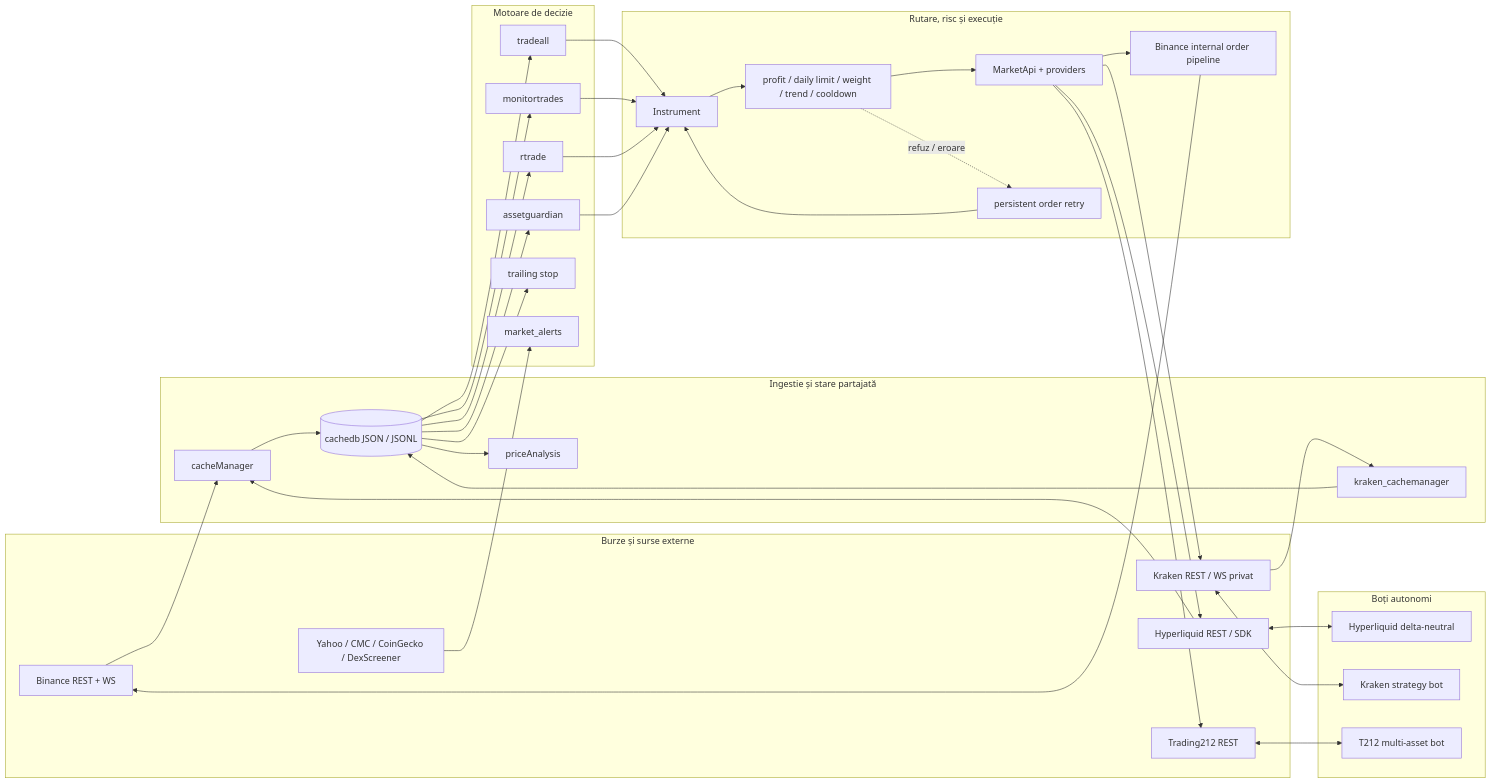
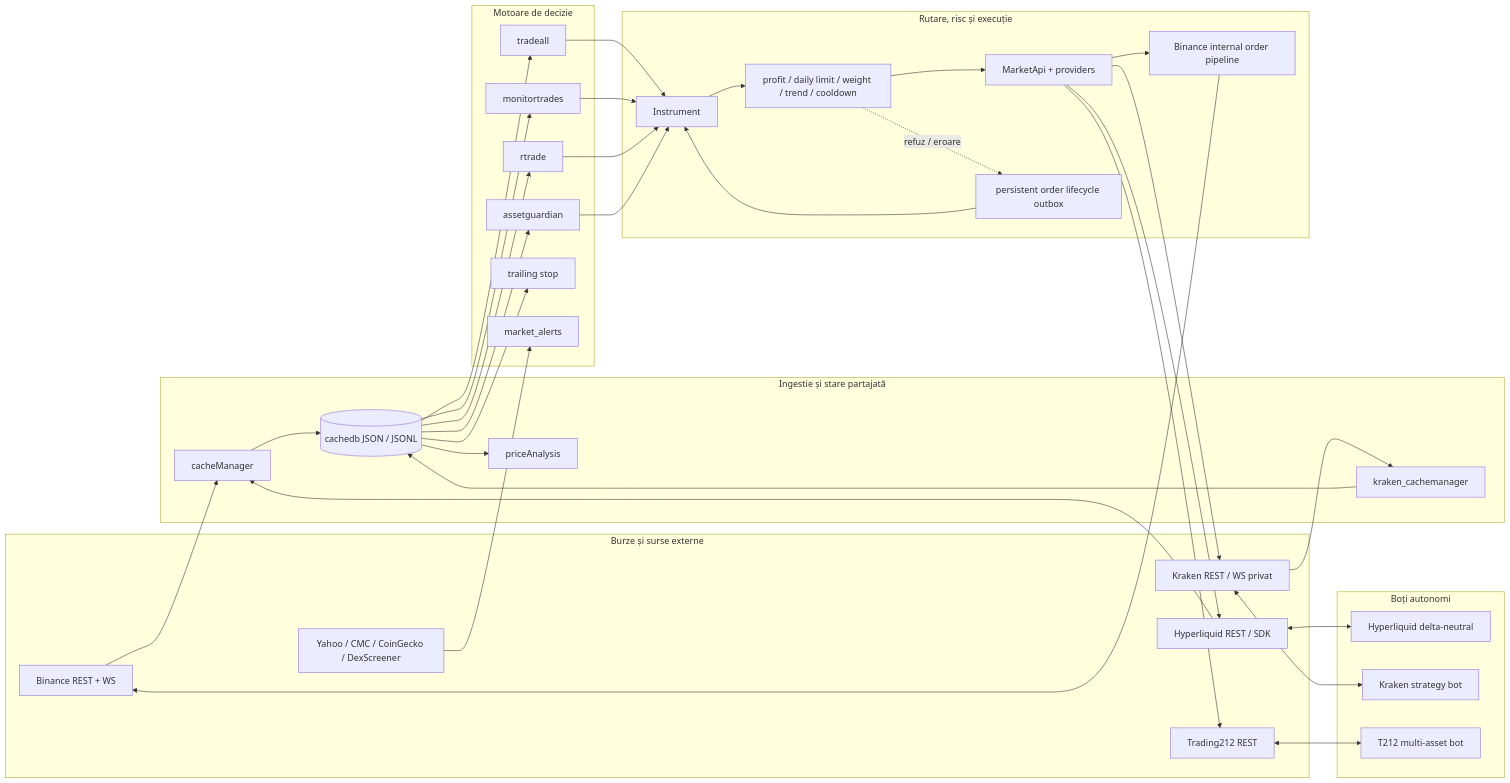
One commit to mpredut/binance changed the first of 3 diagrams in chatgpt_agent_work/SYSTEM_DESIGN_TRADING.md. Above: the diagram before and after it, drawn with Mermaid. The commit also changed other lines of this file and 22 other files, not shown here.

````diff
--- a/chatgpt_agent_work/SYSTEM_DESIGN_TRADING.md
+++ b/chatgpt_agent_work/SYSTEM_DESIGN_TRADING.md
@@ -43,55 +43,55 @@
 ```mermaid
 flowchart LR
     subgraph Venues["Burze și surse externe"]
       BIN["Binance REST + WS"]
       KRA["Kraken REST / WS privat"]
       HL["Hyperliquid REST / SDK"]
       T212["Trading212 REST"]
       DATA["Yahoo / CMC / CoinGecko / DexScreener"]
     end
 
     subgraph Ingestion["Ingestie și stare partajată"]
       CM["cacheManager"]
       KC["kraken_cachemanager"]
       CACHE[("cachedb JSON / JSONL")]
       TREND["priceAnalysis"]
     end
 
     subgraph Decisions["Motoare de decizie"]
       TA["tradeall"]
       MT["monitortrades"]
       RT["rtrade"]
       AG["assetguardian"]
       TS["trailing stop"]
       ALERTS["market_alerts"]
     end
 
     subgraph Execution["Rutare, risc și execuție"]
       INST["Instrument"]
       GUARD["profit / daily limit / weight / trend / cooldown"]
       API["MarketApi + providers"]
       BPIPE["Binance internal order pipeline"]
-      RETRY["persistent order retry"]
+      RETRY["persistent order lifecycle outbox"]
     end
 
     subgraph Autonomous["Boți autonomi"]
       DN["Hyperliquid delta-neutral"]
       KB["Kraken strategy bot"]
       TB["T212 multi-asset bot"]
     end
 
     BIN --> CM
     KRA --> KC --> CACHE
     HL --> CM
     CM --> CACHE --> TREND
     CACHE --> TA & MT & RT & AG & TS
     DATA --> ALERTS
     TA & MT & RT & AG --> INST
     INST --> GUARD --> API
     API --> BPIPE --> BIN
     API --> KRA & HL & T212
     GUARD -. refuz / eroare .-> RETRY --> INST
     HL <--> DN
     KRA <--> KB
     T212 <--> TB
 ```
````
